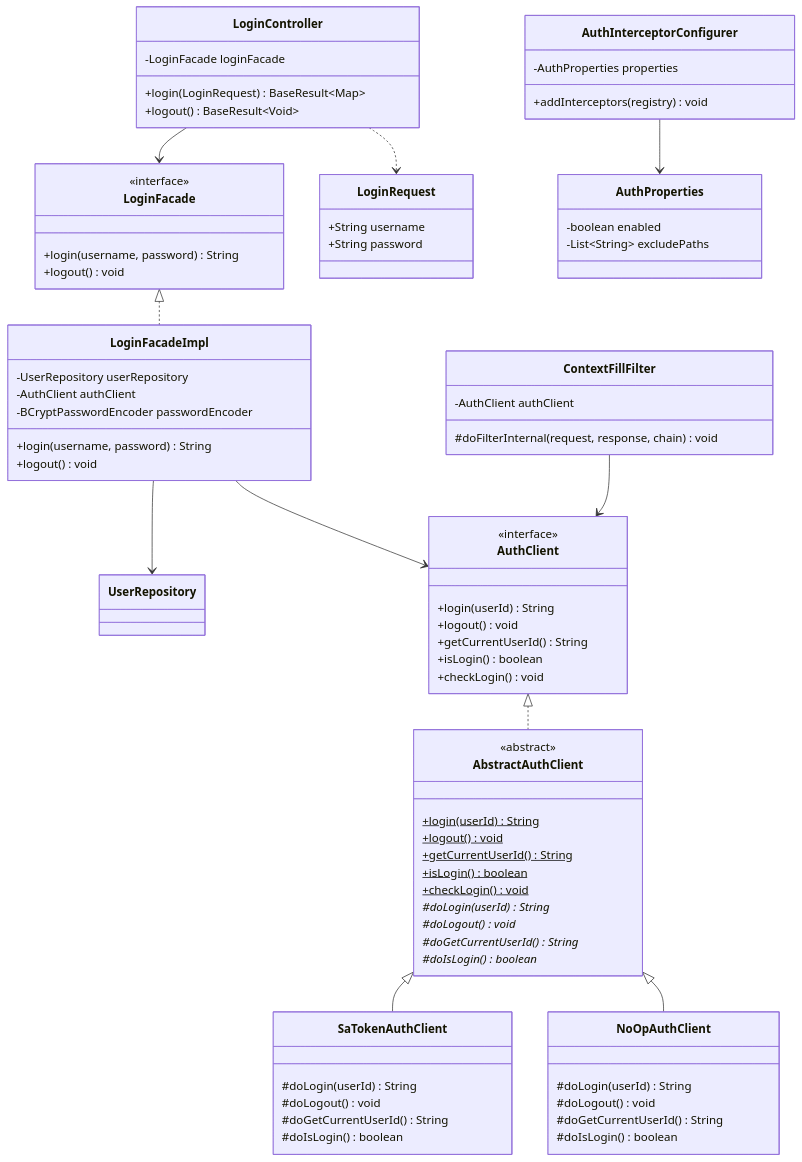
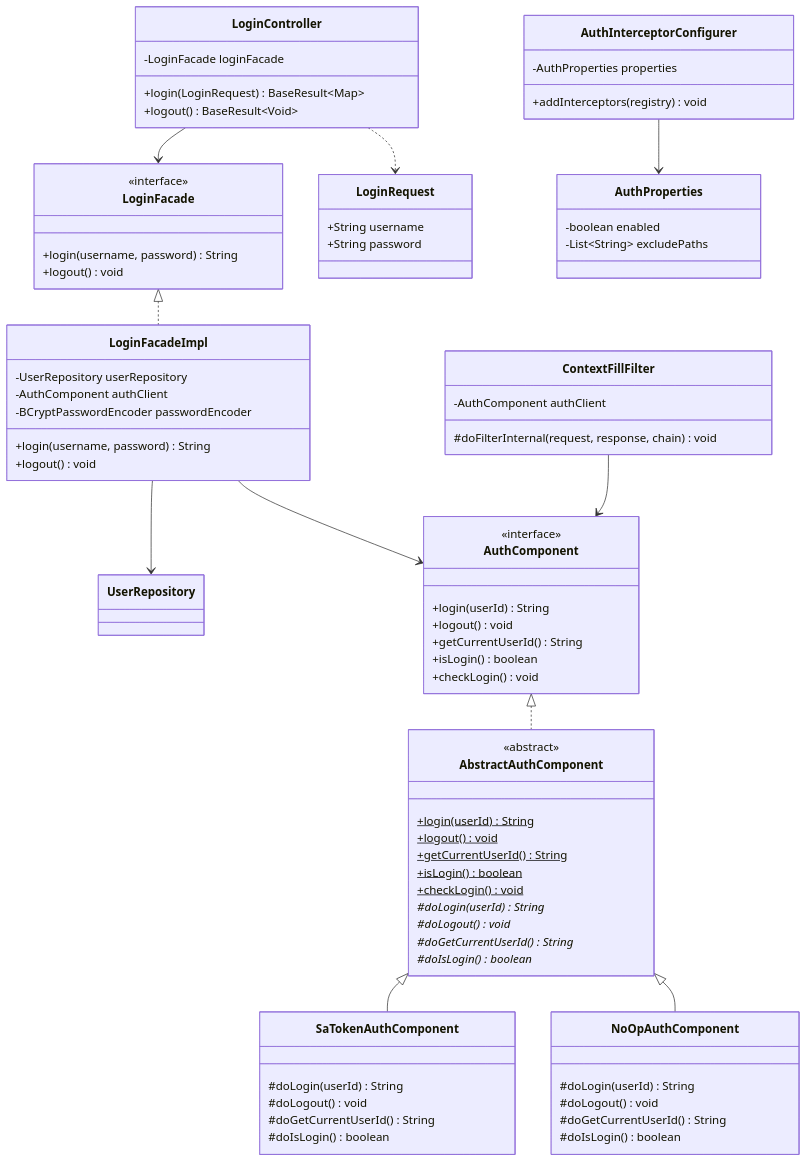
Before and after one commit to LeoNardo-LB/web-quick-start-light: the second of 2 diagrams in docs/modules/auth.md, drawn with Mermaid. The commit also changed other lines of this file and 28 other files, not shown here.

First line of the commit message:
docs: 完成文档重命名 client-* → component-* 及引用更新

````diff
--- a/docs/modules/auth.md
+++ b/docs/modules/auth.md
@@ -77,13 +77,13 @@
 
     class LoginFacadeImpl {
         -UserRepository userRepository
-        -AuthClient authClient
+        -AuthComponent authClient
         -BCryptPasswordEncoder passwordEncoder
         +login(username, password) String
         +logout() void
     }
 
-    class AuthClient {
+    class AuthComponent {
         <<interface>>
         +login(userId) String
         +logout() void
@@ -92,7 +92,7 @@
         +checkLogin() void
     }
 
-    class AbstractAuthClient {
+    class AbstractAuthComponent {
         <<abstract>>
         +login(userId)$ String
         +logout()$ void
@@ -105,14 +105,14 @@
         #doIsLogin()* boolean
     }
 
-    class SaTokenAuthClient {
+    class SaTokenAuthComponent {
         #doLogin(userId) String
         #doLogout() void
         #doGetCurrentUserId() String
         #doIsLogin() boolean
     }
 
-    class NoOpAuthClient {
+    class NoOpAuthComponent {
         #doLogin(userId) String
         #doLogout() void
         #doGetCurrentUserId() String
@@ -130,7 +130,7 @@
     }
 
     class ContextFillFilter {
-        -AuthClient authClient
+        -AuthComponent authClient
         #doFilterInternal(request, response, chain) void
     }
 
@@ -138,10 +138,10 @@
     LoginController ..> LoginRequest
     LoginFacade <|.. LoginFacadeImpl
     LoginFacadeImpl --> UserRepository
-    LoginFacadeImpl --> AuthClient
-    AuthClient <|.. AbstractAuthClient
-    AbstractAuthClient <|-- SaTokenAuthClient
-    AbstractAuthClient <|-- NoOpAuthClient
+    LoginFacadeImpl --> AuthComponent
+    AuthComponent <|.. AbstractAuthComponent
+    AbstractAuthComponent <|-- SaTokenAuthComponent
+    AbstractAuthComponent <|-- NoOpAuthComponent
     AuthInterceptorConfigurer --> AuthProperties
-    ContextFillFilter --> AuthClient
+    ContextFillFilter --> AuthComponent
 ```
````
